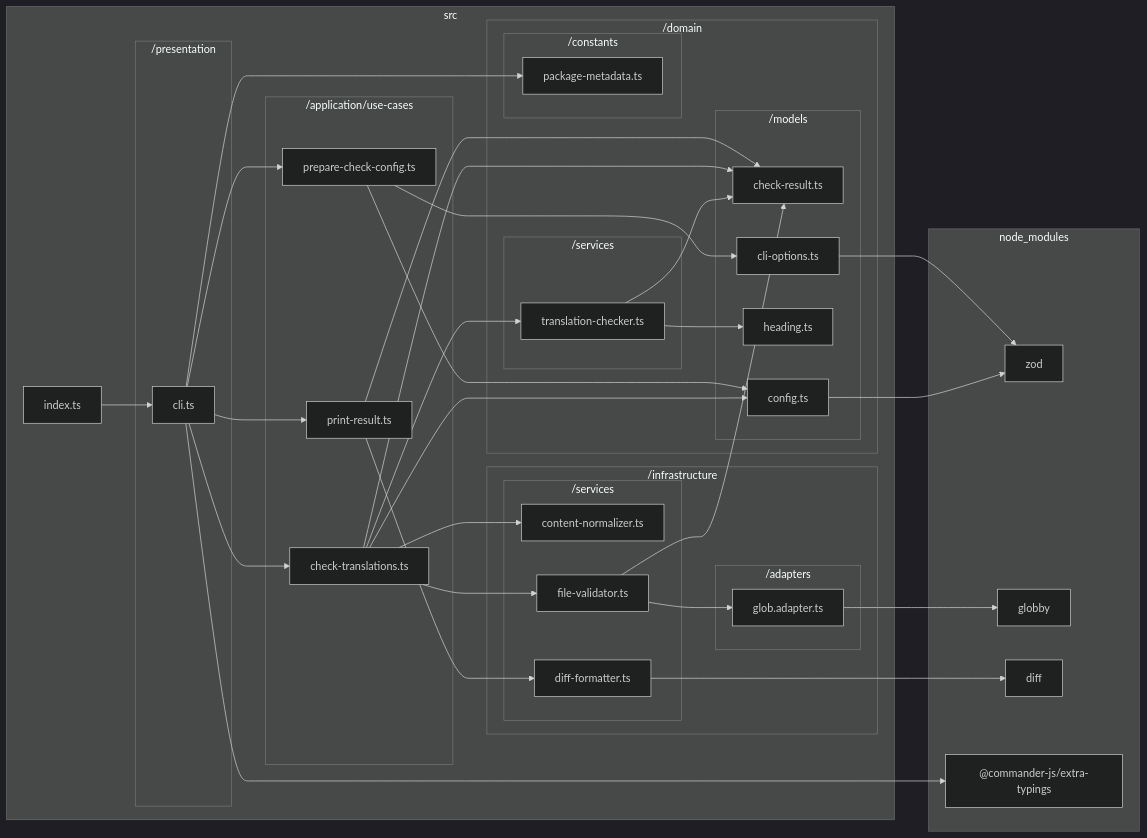
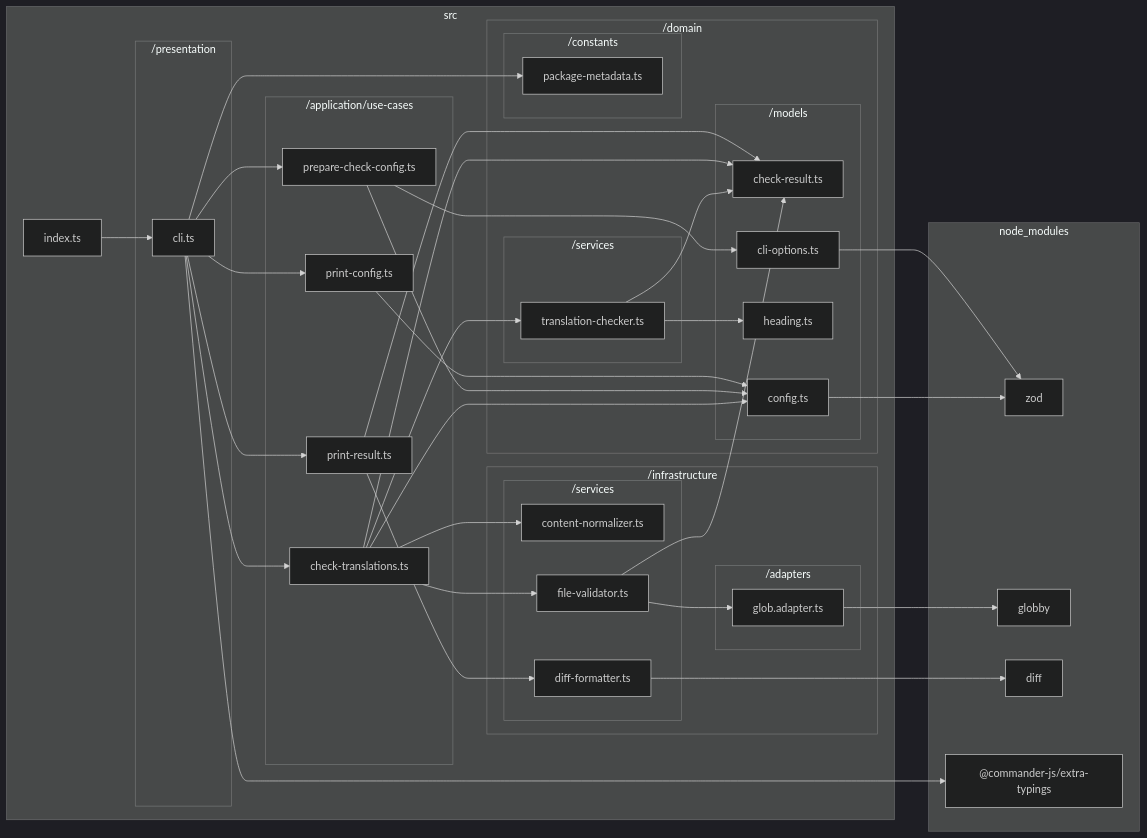
The diagram in docs/reports/dependencies/deps-graph.md (sugurutakahashi-1234/readme-i18n-sentinel), drawn with Mermaid (dark theme) before and after one commit. The commit also changed 2 other files, not shown here.

Commit message:
feat: add print config use case
- Implement printConfigUseCase to format and display configuration options
- Integrate printConfigUseCase into CLI for improved output

````diff
--- a/docs/reports/dependencies/deps-graph.md
+++ b/docs/reports/dependencies/deps-graph.md
@@ -7,67 +7,70 @@
 ```mermaid
 flowchart LR
     subgraph src["src"]
         src/index.ts["index.ts"]
         subgraph src/domain["/domain"]
             subgraph src/domain/models["/models"]
                 src/domain/models/check//result.ts["check-result.ts"]
                 src/domain/models/config.ts["config.ts"]
                 src/domain/models/heading.ts["heading.ts"]
                 src/domain/models/cli//options.ts["cli-options.ts"]
             end
             subgraph src/domain/services["/services"]
                 src/domain/services/translation//checker.ts["translation-checker.ts"]
             end
             subgraph src/domain/constants["/constants"]
                 src/domain/constants/package//metadata.ts["package-metadata.ts"]
             end
         end
         subgraph src/infrastructure["/infrastructure"]
             subgraph src/infrastructure/services["/services"]
                 src/infrastructure/services/content//normalizer.ts["content-normalizer.ts"]
                 src/infrastructure/services/file//validator.ts["file-validator.ts"]
                 src/infrastructure/services/diff//formatter.ts["diff-formatter.ts"]
             end
             subgraph src/infrastructure/adapters["/adapters"]
                 src/infrastructure/adapters/glob.adapter.ts["glob.adapter.ts"]
             end
         end
         subgraph src/application/use//cases["/application/use-cases"]
             src/application/use//cases/check//translations.ts["check-translations.ts"]
             src/application/use//cases/prepare//check//config.ts["prepare-check-config.ts"]
+            src/application/use//cases/print//config.ts["print-config.ts"]
             src/application/use//cases/print//result.ts["print-result.ts"]
         end
         subgraph src/presentation["/presentation"]
             src/presentation/cli.ts["cli.ts"]
         end
     end
     subgraph node//modules["node_modules"]
         node//modules/zod/index.d.cts["zod"]
         node//modules/globby/index.d.ts["globby"]
         node//modules/diff/libcjs/index.d.ts["diff"]
         node//modules///commander//js/extra//typings/index.d.ts["@commander-js/extra-typings"]
     end
     src/domain/models/config.ts-->node//modules/zod/index.d.cts
     src/domain/services/translation//checker.ts-->src/domain/models/check//result.ts
     src/domain/services/translation//checker.ts-->src/domain/models/heading.ts
     src/infrastructure/adapters/glob.adapter.ts-->node//modules/globby/index.d.ts
     src/infrastructure/services/file//validator.ts-->src/domain/models/check//result.ts
     src/infrastructure/services/file//validator.ts-->src/infrastructure/adapters/glob.adapter.ts
     src/application/use//cases/check//translations.ts-->src/domain/models/check//result.ts
     src/application/use//cases/check//translations.ts-->src/domain/models/config.ts
     src/application/use//cases/check//translations.ts-->src/domain/services/translation//checker.ts
     src/application/use//cases/check//translations.ts-->src/infrastructure/services/content//normalizer.ts
     src/application/use//cases/check//translations.ts-->src/infrastructure/services/file//validator.ts
     src/domain/models/cli//options.ts-->node//modules/zod/index.d.cts
     src/application/use//cases/prepare//check//config.ts-->src/domain/models/cli//options.ts
     src/application/use//cases/prepare//check//config.ts-->src/domain/models/config.ts
+    src/application/use//cases/print//config.ts-->src/domain/models/config.ts
     src/infrastructure/services/diff//formatter.ts-->node//modules/diff/libcjs/index.d.ts
     src/application/use//cases/print//result.ts-->src/domain/models/check//result.ts
     src/application/use//cases/print//result.ts-->src/infrastructure/services/diff//formatter.ts
     src/presentation/cli.ts-->node//modules///commander//js/extra//typings/index.d.ts
     src/presentation/cli.ts-->src/application/use//cases/check//translations.ts
     src/presentation/cli.ts-->src/application/use//cases/prepare//check//config.ts
+    src/presentation/cli.ts-->src/application/use//cases/print//config.ts
     src/presentation/cli.ts-->src/application/use//cases/print//result.ts
     src/presentation/cli.ts-->src/domain/constants/package//metadata.ts
     src/index.ts-->src/presentation/cli.ts
 ```
````
